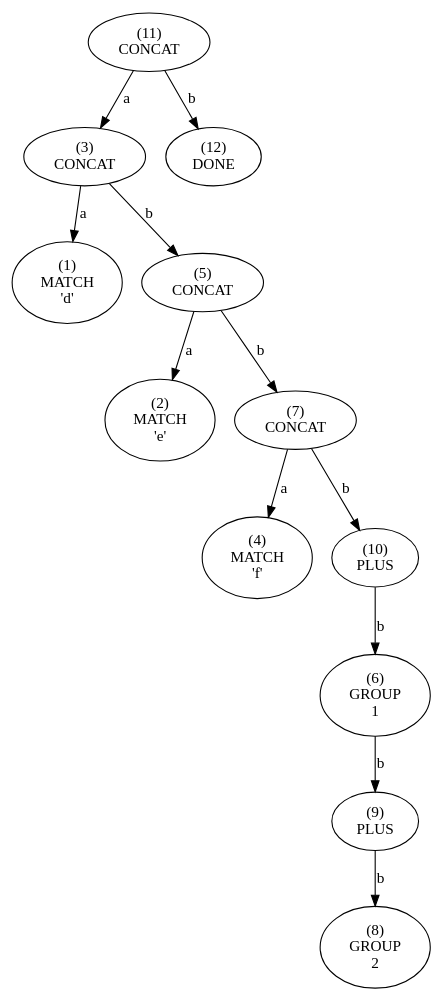
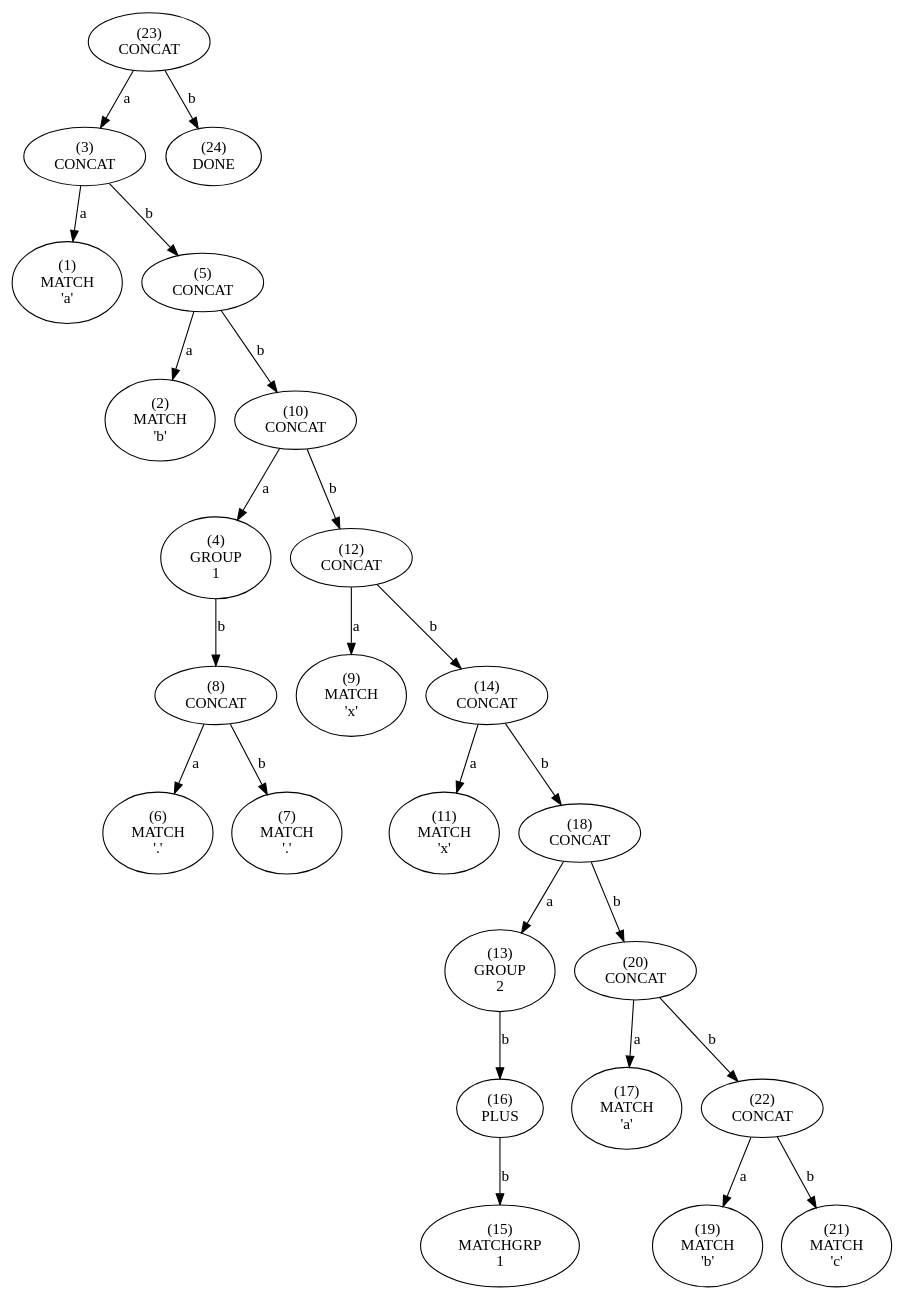
One commit to essele/rele changed the diagram in tree.dot. Above: the diagram before and after it, drawn with Graphviz. The commit also changed 3 other files, not shown here.

```diff
--- a/tree.dot
+++ b/tree.dot
@@ -1,49 +1,97 @@
 digraph tree {
-    n0xb7d0eb982410 [label="(11)
+    n0xb0521d28d590 [label="(23)
 CONCAT
 "];
-    n0xb7d0eb982410 -> n0xb7d0eb982310 [label="a"];
-    n0xb7d0eb982310 [label="(3)
+    n0xb0521d28d590 -> n0xb0521d28d310 [label="a"];
+    n0xb0521d28d310 [label="(3)
 CONCAT
 "];
-    n0xb7d0eb982310 -> n0xb7d0eb9822d0 [label="a"];
-    n0xb7d0eb9822d0 [label="(1)
+    n0xb0521d28d310 -> n0xb0521d28d2d0 [label="a"];
+    n0xb0521d28d2d0 [label="(1)
 MATCH
-'d'"];
-    n0xb7d0eb982310 -> n0xb7d0eb982350 [label="b"];
-    n0xb7d0eb982350 [label="(5)
+'a'"];
+    n0xb0521d28d310 -> n0xb0521d28d350 [label="b"];
+    n0xb0521d28d350 [label="(5)
 CONCAT
 "];
-    n0xb7d0eb982350 -> n0xb7d0eb9822f0 [label="a"];
-    n0xb7d0eb9822f0 [label="(2)
+    n0xb0521d28d350 -> n0xb0521d28d2f0 [label="a"];
+    n0xb0521d28d2f0 [label="(2)
 MATCH
-'e'"];
-    n0xb7d0eb982350 -> n0xb7d0eb982390 [label="b"];
-    n0xb7d0eb982390 [label="(7)
+'b'"];
+    n0xb0521d28d350 -> n0xb0521d28d3f0 [label="b"];
+    n0xb0521d28d3f0 [label="(10)
 CONCAT
 "];
-    n0xb7d0eb982390 -> n0xb7d0eb982330 [label="a"];
-    n0xb7d0eb982330 [label="(4)
+    n0xb0521d28d3f0 -> n0xb0521d28d330 [label="a"];
+    n0xb0521d28d330 [label="(4)
+GROUP
+1"];
+    n0xb0521d28d330 -> n0xb0521d28d3b0 [label="b"];
+    n0xb0521d28d3b0 [label="(8)
+CONCAT
+"];
+    n0xb0521d28d3b0 -> n0xb0521d28d370 [label="a"];
+    n0xb0521d28d370 [label="(6)
 MATCH
-'f'"];
-    n0xb7d0eb982390 -> n0xb7d0eb9823f0 [label="b"];
-    n0xb7d0eb9823f0 [label="(10)
+'.'"];
+    n0xb0521d28d3b0 -> n0xb0521d28d390 [label="b"];
+    n0xb0521d28d390 [label="(7)
+MATCH
+'.'"];
+    n0xb0521d28d3f0 -> n0xb0521d28d430 [label="b"];
+    n0xb0521d28d430 [label="(12)
+CONCAT
+"];
+    n0xb0521d28d430 -> n0xb0521d28d3d0 [label="a"];
+    n0xb0521d28d3d0 [label="(9)
+MATCH
+'x'"];
+    n0xb0521d28d430 -> n0xb0521d28d470 [label="b"];
+    n0xb0521d28d470 [label="(14)
+CONCAT
+"];
+    n0xb0521d28d470 -> n0xb0521d28d410 [label="a"];
+    n0xb0521d28d410 [label="(11)
+MATCH
+'x'"];
+    n0xb0521d28d470 -> n0xb0521d28d4f0 [label="b"];
+    n0xb0521d28d4f0 [label="(18)
+CONCAT
+"];
+    n0xb0521d28d4f0 -> n0xb0521d28d450 [label="a"];
+    n0xb0521d28d450 [label="(13)
+GROUP
+2"];
+    n0xb0521d28d450 -> n0xb0521d28d4b0 [label="b"];
+    n0xb0521d28d4b0 [label="(16)
 PLUS
 "];
-    n0xb7d0eb9823f0 -> n0xb7d0eb982370 [label="b"];
-    n0xb7d0eb982370 [label="(6)
-GROUP
+    n0xb0521d28d4b0 -> n0xb0521d28d490 [label="b"];
+    n0xb0521d28d490 [label="(15)
+MATCHGRP
 1"];
-    n0xb7d0eb982370 -> n0xb7d0eb9823d0 [label="b"];
-    n0xb7d0eb9823d0 [label="(9)
-PLUS
+    n0xb0521d28d4f0 -> n0xb0521d28d530 [label="b"];
+    n0xb0521d28d530 [label="(20)
+CONCAT
 "];
-    n0xb7d0eb9823d0 -> n0xb7d0eb9823b0 [label="b"];
-    n0xb7d0eb9823b0 [label="(8)
-GROUP
-2"];
-    n0xb7d0eb982410 -> n0xb7d0eb982430 [label="b"];
-    n0xb7d0eb982430 [label="(12)
+    n0xb0521d28d530 -> n0xb0521d28d4d0 [label="a"];
+    n0xb0521d28d4d0 [label="(17)
+MATCH
+'a'"];
+    n0xb0521d28d530 -> n0xb0521d28d570 [label="b"];
+    n0xb0521d28d570 [label="(22)
+CONCAT
+"];
+    n0xb0521d28d570 -> n0xb0521d28d510 [label="a"];
+    n0xb0521d28d510 [label="(19)
+MATCH
+'b'"];
+    n0xb0521d28d570 -> n0xb0521d28d550 [label="b"];
+    n0xb0521d28d550 [label="(21)
+MATCH
+'c'"];
+    n0xb0521d28d590 -> n0xb0521d28d5b0 [label="b"];
+    n0xb0521d28d5b0 [label="(24)
 DONE
 "];
 }
```
